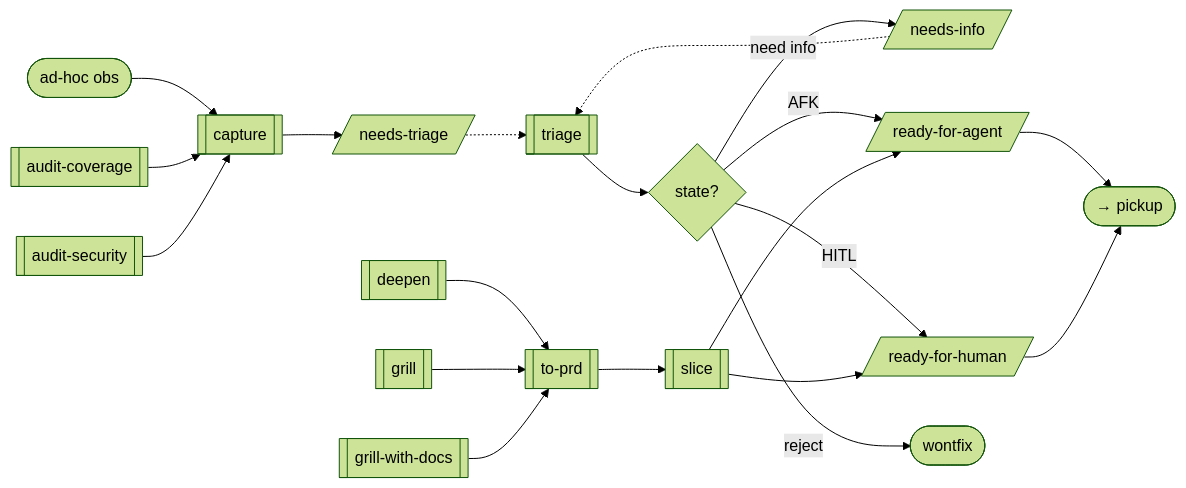
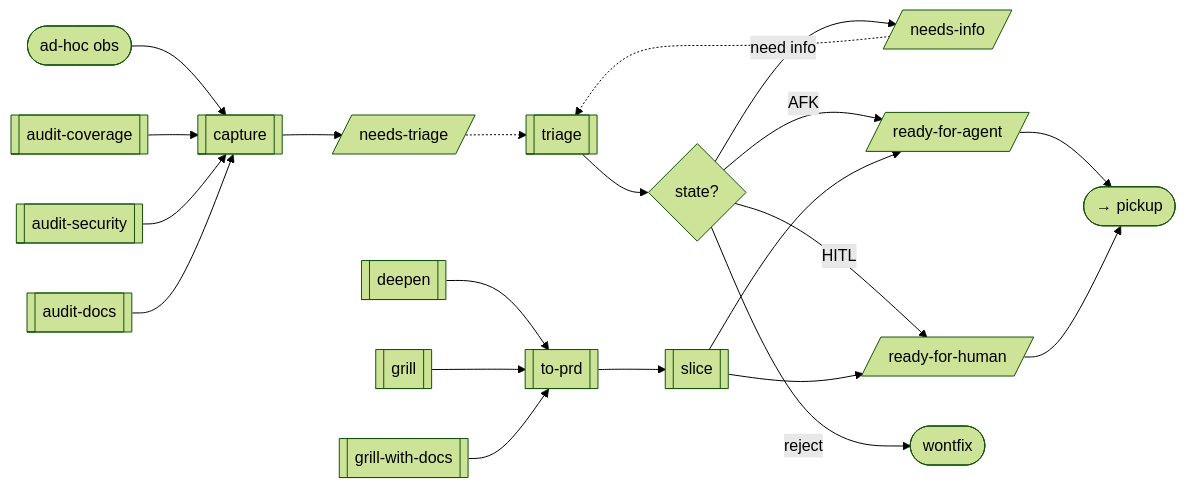
The first of 2 diagrams in skills/WORKFLOWS.md (krixon/skills), drawn with Mermaid (forest theme) before and after one commit. The commit also changed other lines of this file and 5 other files, not shown here.

````diff
--- a/skills/WORKFLOWS.md
+++ b/skills/WORKFLOWS.md
@@ -11,24 +11,25 @@
 ```mermaid
 flowchart LR
     obs([ad-hoc obs]) --> capture[[capture]]
     auditcoverage[[audit-coverage]] --> capture
     auditsecurity[[audit-security]] --> capture
+    auditdocs[[audit-docs]] --> capture
     capture --> nt[/needs-triage/]
     nt -.-> triage[[triage]]
     triage --> d{state?}
     d -->|need info| ni[/needs-info/]
     ni -.-> triage
     d -->|AFK| rfa[/ready-for-agent/]
     d -->|HITL| rfh[/ready-for-human/]
     d -->|reject| wf([wontfix])
 
     deepen[[deepen]] --> toprd[[to-prd]]
     grill[[grill]] --> toprd
     gwd[[grill-with-docs]] --> toprd
     toprd --> slice[[slice]]
     slice --> rfa
     slice --> rfh
 
     rfa --> pu([→ pickup])
     rfh --> pu
 ```
````
